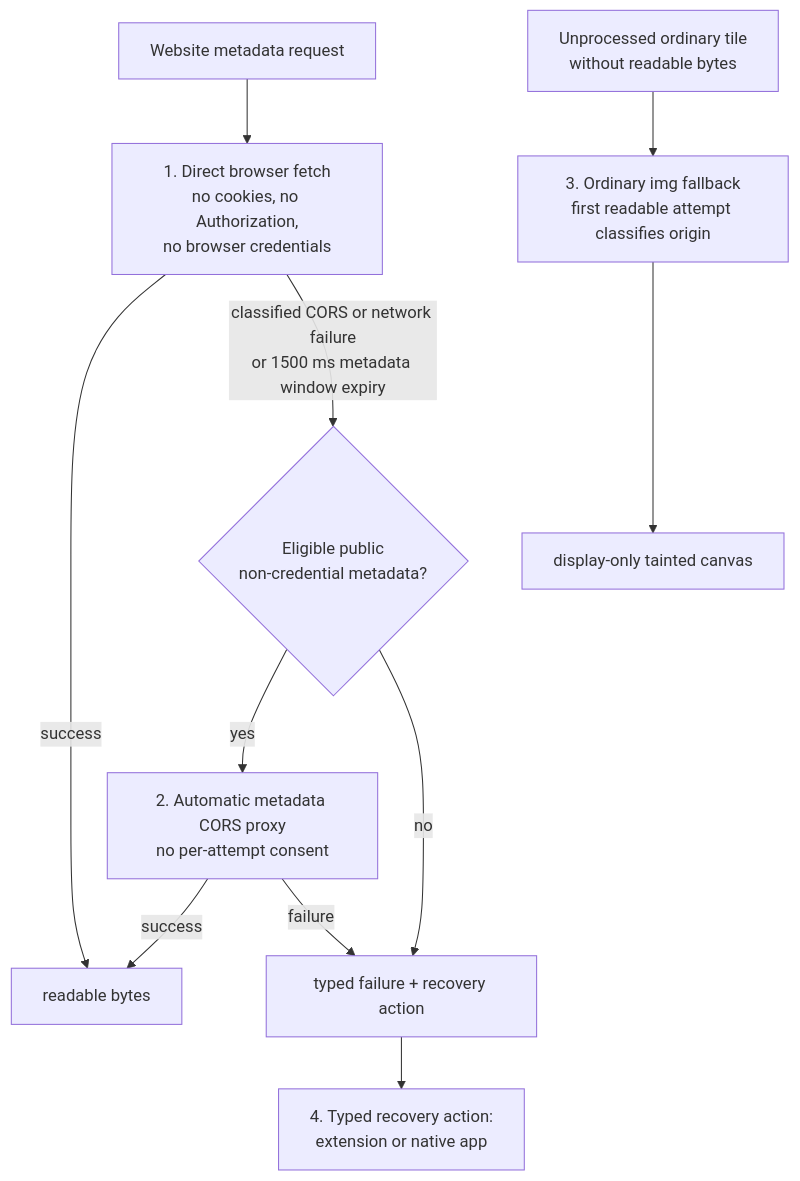
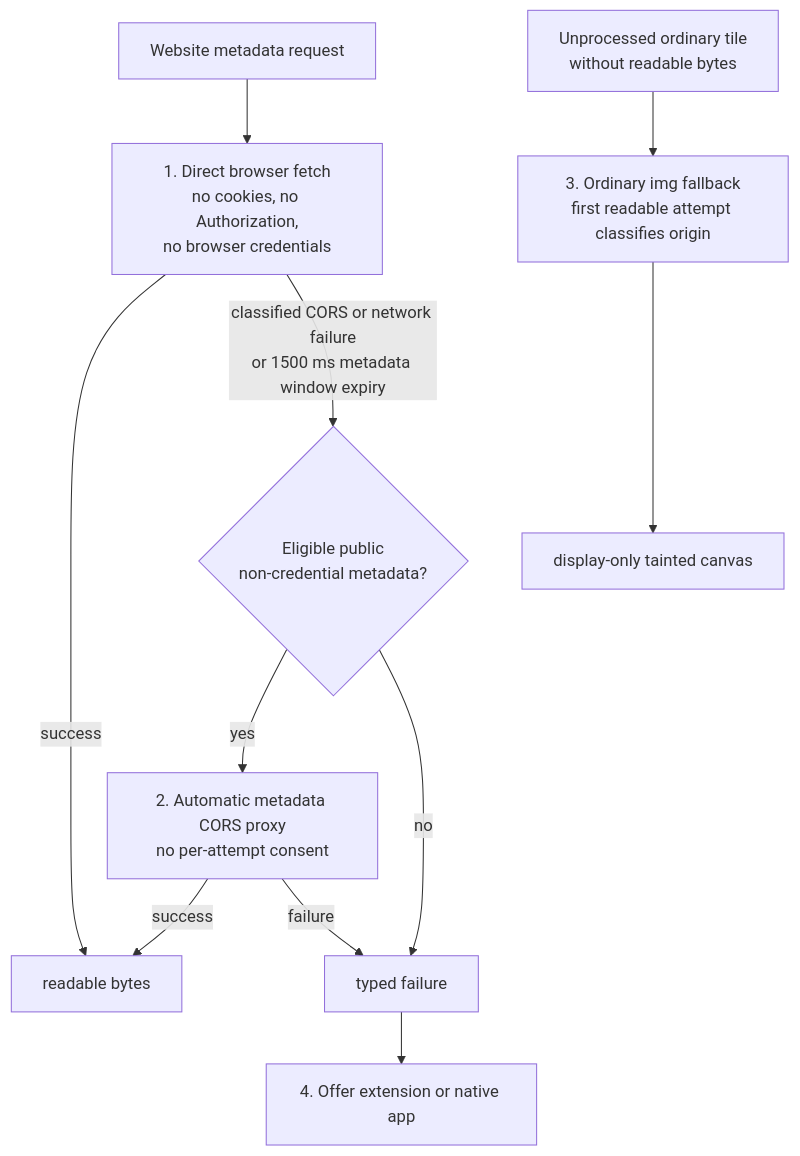
The diagram in docs/browser-runtime.md (lovasoa/dezoomify), drawn with Mermaid before and after one commit. The commit also changed other lines of this file and 227 other files, not shown here.

````diff
--- a/docs/browser-runtime.md
+++ b/docs/browser-runtime.md
@@ -56,13 +59,13 @@
 ```mermaid
 flowchart TD
     S[Website metadata request] --> D[1. Direct browser fetch<br/>no cookies, no Authorization,<br/>no browser credentials]
     D -->|success| DONE[readable bytes]
     D -->|classified CORS or network failure<br/>or 1500 ms metadata window expiry| E{Eligible public<br/>non-credential metadata?}
     E -->|yes| P[2. Automatic metadata CORS proxy<br/>no per-attempt consent]
-    E -->|no| F[typed failure + recovery action]
+    E -->|no| F[typed failure]
     P -->|success| DONE
     P -->|failure| F
     T[Unprocessed ordinary tile<br/>without readable bytes] --> IMG[3. Ordinary img fallback<br/>first readable attempt classifies origin]
     IMG --> DISP[display-only tainted canvas]
-    F --> H[4. Typed recovery action:<br/>extension or native app]
+    F --> H[4. Offer extension or native app]
 ```
````
